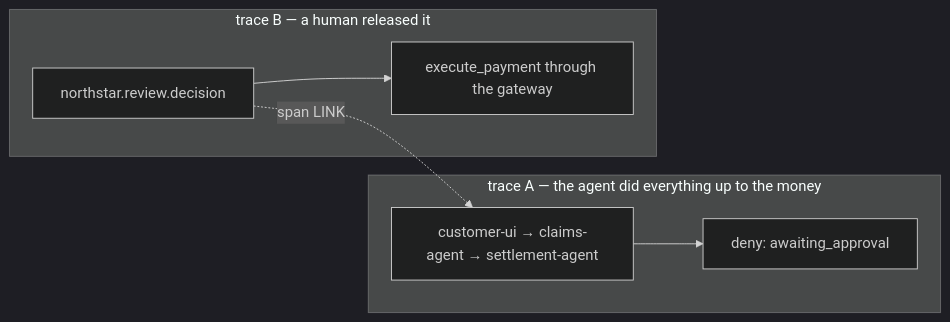
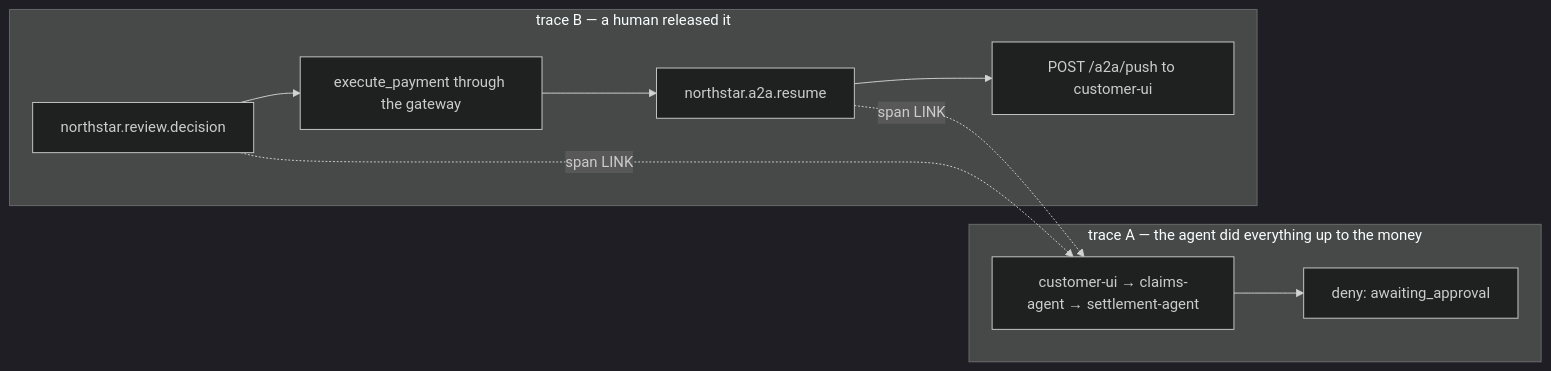
Before and after one commit to kaspernissen/aip-demo: the fourth of 4 diagrams in docs/demo-runbook.md, drawn with Mermaid (dark theme). The commit also changed other lines of this file and 12 other files, not shown here.

Commit message:
docs(m10): trace A ends at the hand-off, trace B carries the resume and the push; deck slide, counts, status lines, gate banner

```diff
--- a/docs/demo-runbook.md
+++ b/docs/demo-runbook.md
@@ -1022,10 +1021,11 @@
 <pre class="mermaid">
 flowchart LR
     subgraph A["trace A — the agent did everything up to the money"]
         a1["customer-ui → claims-agent → settlement-agent"] --> a2["deny: awaiting_approval"]
     end
     subgraph B["trace B — a human released it"]
-        b1["northstar.review.decision"] --> b2["execute_payment through the gateway"]
+        b1["northstar.review.decision"] --> b2["execute_payment through the gateway"] --> b3["northstar.a2a.resume"] --> b4["POST /a2a/push to customer-ui"]
     end
     b1 -.->|"span LINK"| a1
+    b3 -.->|"span LINK"| a1
 </pre>
```
